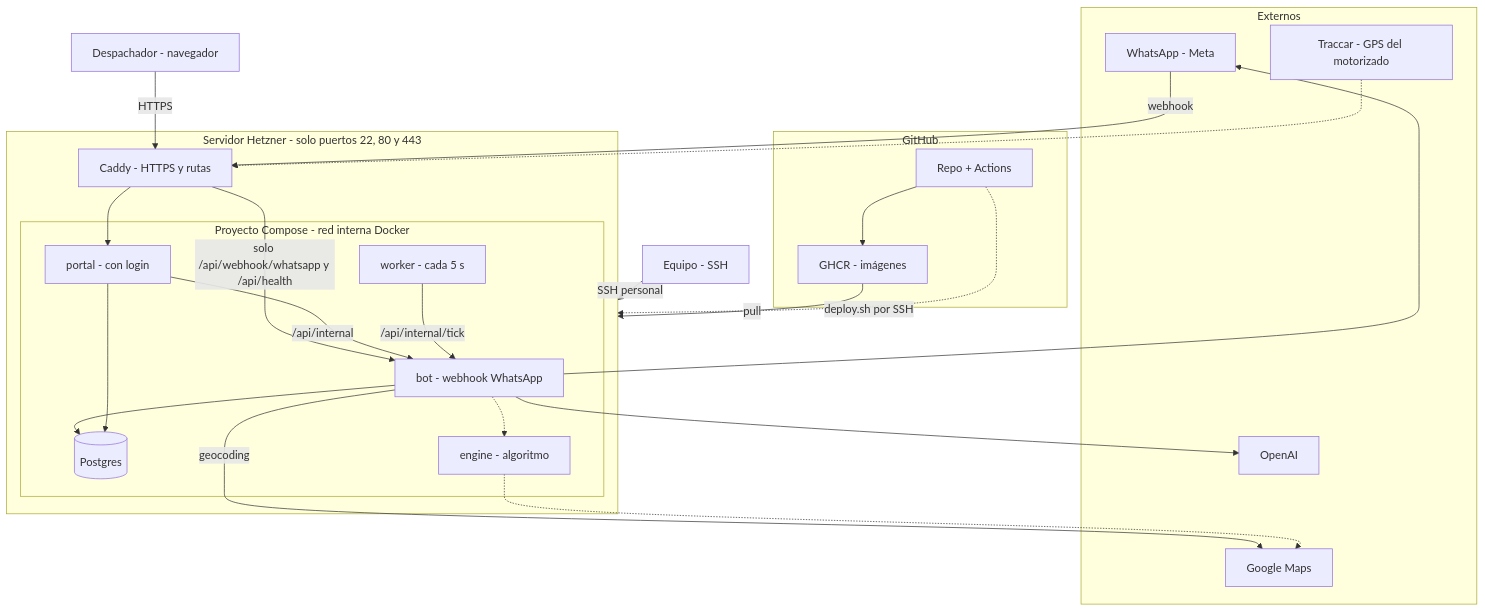
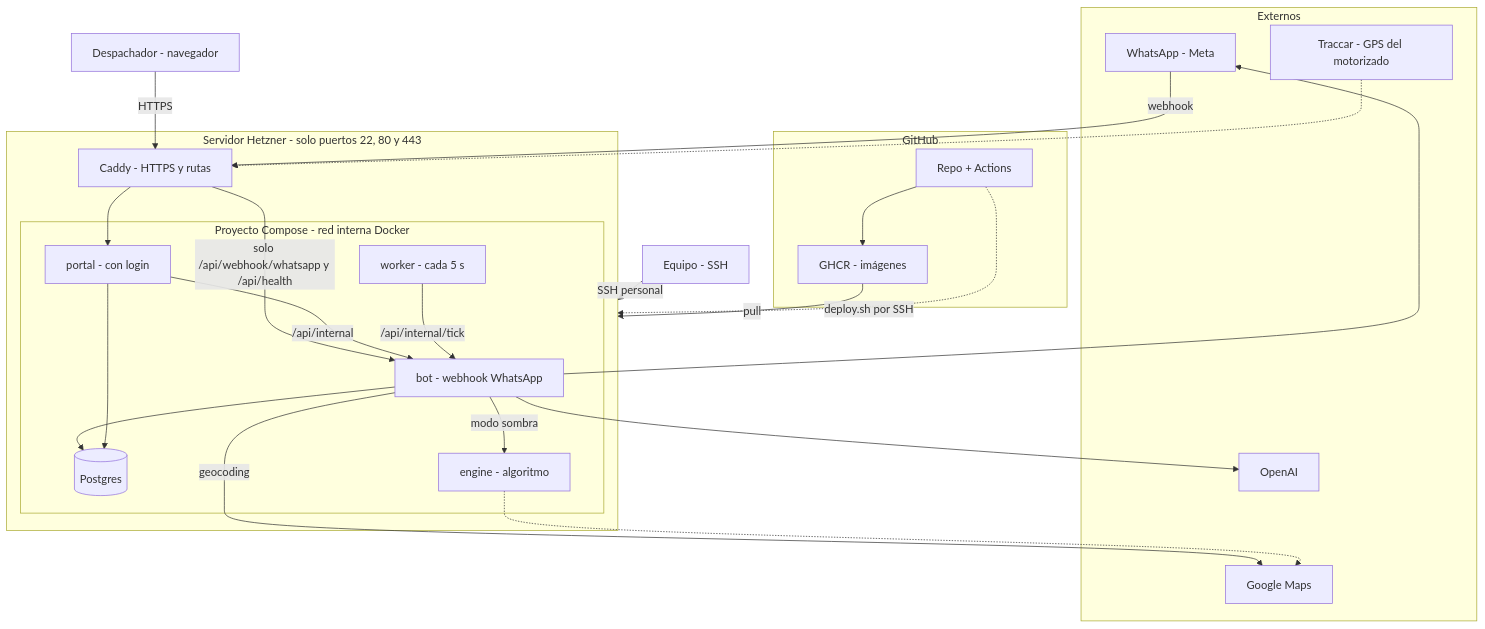
Before and after one commit to clapi-labs/clapi-dispatch: the first of 7 diagrams in docs/INFRAESTRUCTURA.md, drawn with Mermaid. The commit also changed other lines of this file and 13 other files, not shown here.

Commit message:
Engine en modo sombra: en cada tick el bot le pregunta al engine a quién y cuándo habría asignado cada viaje y lo guarda en engine_evaluations, sin tocar la asignación real

````diff
--- a/docs/INFRAESTRUCTURA.md
+++ b/docs/INFRAESTRUCTURA.md
@@ -25,52 +25,52 @@
 ```mermaid
 flowchart TB
     subgraph Externos
         WA[WhatsApp - Meta]
         OAI[OpenAI]
         GM[Google Maps]
         TR[Traccar - GPS del motorizado]
     end
 
     DESP[Despachador - navegador]
     DEV[Equipo - SSH]
 
     subgraph GH[GitHub]
         REPO[Repo + Actions]
         GHCR[GHCR - imágenes]
     end
 
     subgraph VPS[Servidor Hetzner - solo puertos 22, 80 y 443]
         CADDY[Caddy - HTTPS y rutas]
 
         subgraph STG[Proyecto Compose - red interna Docker]
             BOT[bot - webhook WhatsApp]
             PORTAL[portal - con login]
             WORKER[worker - cada 5 s]
             PG[(Postgres)]
             ENGINE[engine - algoritmo]
         end
     end
 
     WA -- webhook --> CADDY
     TR -.-> CADDY
     DESP -- HTTPS --> CADDY
     CADDY -- "solo /api/webhook/whatsapp y /api/health" --> BOT
     CADDY --> PORTAL
 
     BOT --> WA
     BOT --> OAI
     BOT -- geocoding --> GM
     BOT --> PG
     PORTAL --> PG
     PORTAL -- "/api/internal" --> BOT
     WORKER -- "/api/internal/tick" --> BOT
-    BOT -.-> ENGINE
+    BOT -- "modo sombra" --> ENGINE
     ENGINE -.-> GM
 
     REPO --> GHCR
     GHCR -- pull --> VPS
     REPO -. "deploy.sh por SSH" .-> VPS
     DEV -- "SSH personal" --> VPS
 
     classDef pendiente stroke-dasharray: 5 5
 ```
````
